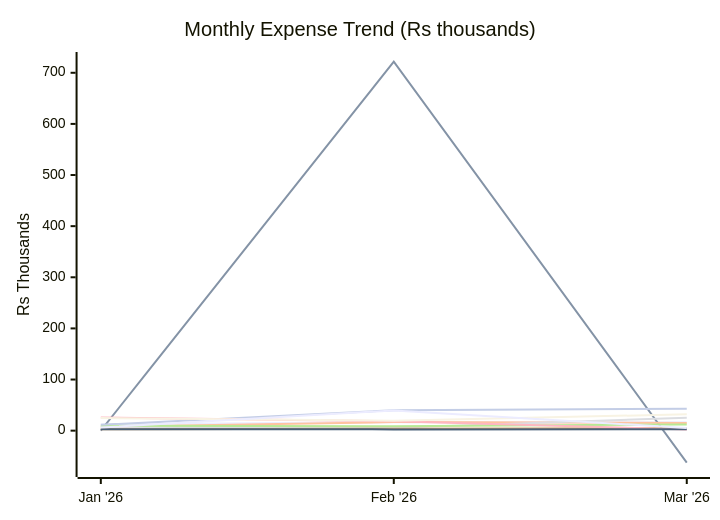
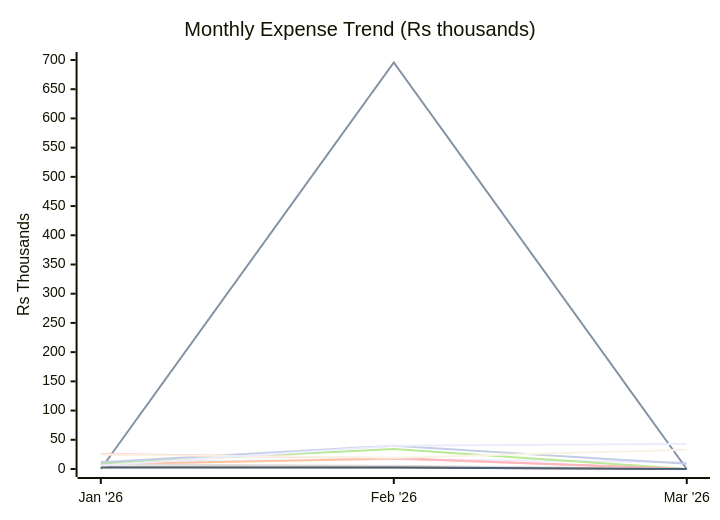
One commit to sachin-hg/expense-reporter changed the first of 2 diagrams in reports/2026-03.md. Above: the diagram before and after it, drawn with Mermaid. The commit also changed other lines of this file and 7 other files, not shown here.

````diff
--- a/reports/2026-03.md
+++ b/reports/2026-03.md
@@ -24,17 +24,17 @@
 ```mermaid
 xychart-beta
     title "Monthly Expense Trend (Rs thousands)"
     x-axis ["Jan '26", "Feb '26", "Mar '26"]
-    y-axis "Rs Thousands" -75 --> 725
-    line "Travel" [12.1, 16.5, 16.3]
-    line "Trip" [0.0, 721.7, -62.4]
-    line "Shopping" [7.8, 16.7, 15.1]
-    line "Baby" [7.7, 5.6, 25.3]
-    line "Outside Food" [9.5, 8.4, 12.1]
-    line "Grocery" [2.9, 3.7, 4.7]
-    line "Utilities & Bills" [11.5, 39.9, 42.8]
-    line "Health, Fitness & Self Care" [25.5, 18.4, 2.5]
-    line "Upskill / AI" [2.6, 2.5, 2.6]
-    line "Rohan" [24.8, 19.3, 32.0]
-    line "Others" [6.0, 39.6, 5.4]
+    y-axis "Rs Thousands" 0 --> 700
+    line "Travel" [12.1, 16.5, 11.7]
+    line "Trip" [0.0, 695.8, 0.0]
+    line "Shopping" [7.8, 17.8, 0.0]
+    line "Baby" [7.7, 5.6, 0.0]
+    line "Outside Food" [9.5, 34.3, 0.0]
+    line "Grocery" [2.9, 2.6, 0.0]
+    line "Utilities & Bills" [11.5, 39.9, 8.9]
+    line "Health, Fitness & Self Care" [25.5, 18.4, 0.0]
+    line "Upskill / AI" [2.6, 2.5, 0.0]
+    line "Rohan" [24.8, 19.3, 33.0]
+    line "Others" [6.0, 39.6, 43.0]
 ```
````
